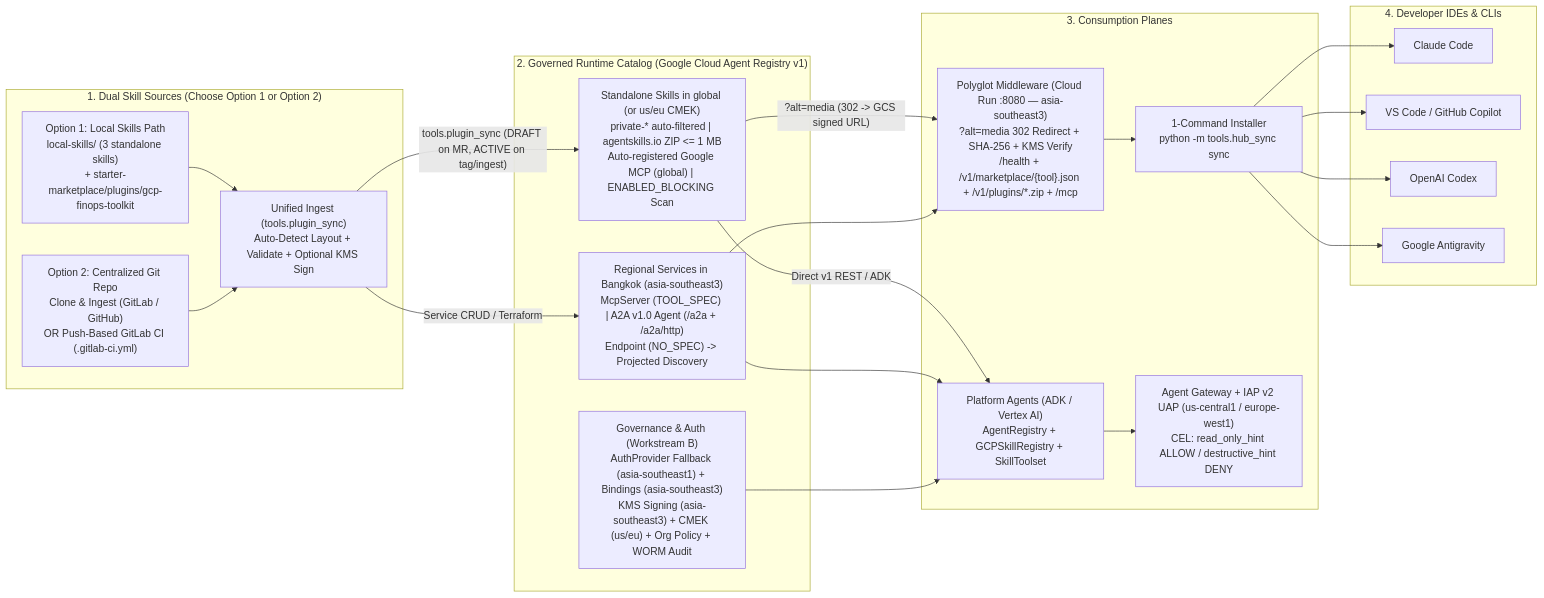
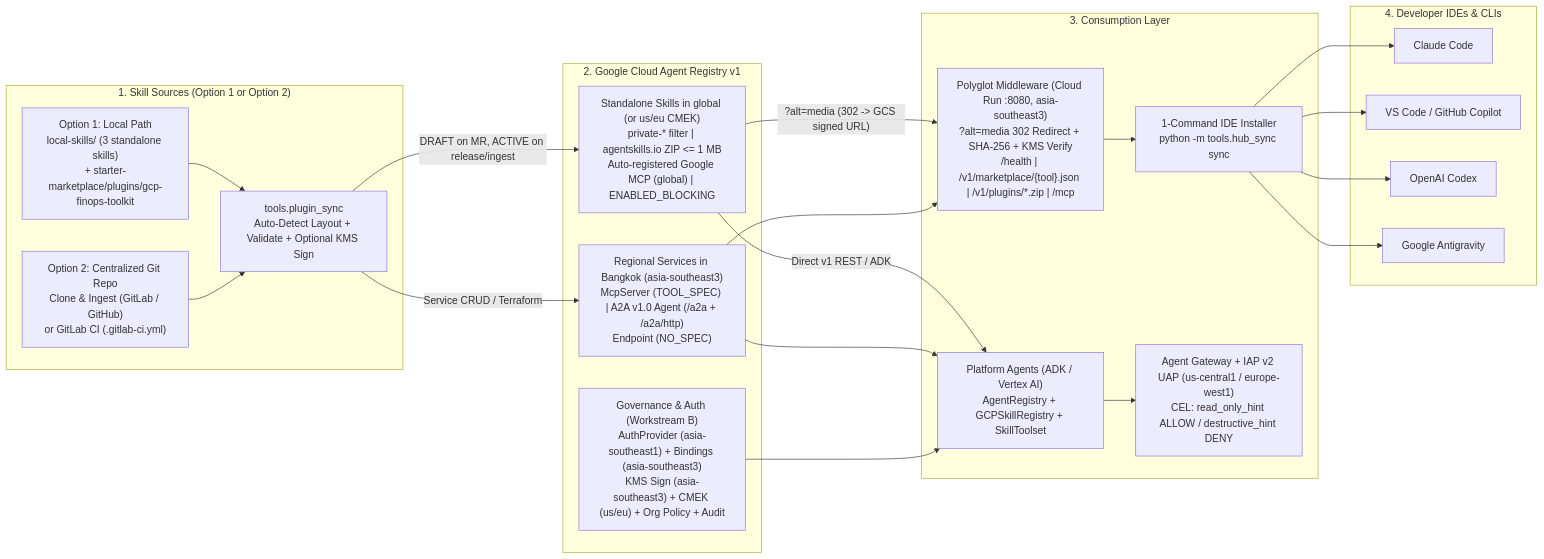
The diagram in README.md (jiratouchmhp/agent-registry-marketplace-workshop), drawn with Mermaid before and after one commit. The commit also changed other lines of this file and 15 other files, not shown here.

````diff
--- a/README.md
+++ b/README.md
@@ -33,41 +33,41 @@
 ```mermaid
 flowchart LR
-    subgraph Authoring["1. Dual Skill Sources (Choose Option 1 or Option 2)"]
-        OPT1["Option 1: Local Skills Path<br/>local-skills/ (3 standalone skills)<br/>+ starter-marketplace/plugins/gcp-finops-toolkit"]
-        OPT2["Option 2: Centralized Git Repo<br/>Clone & Ingest (GitLab / GitHub)<br/>OR Push-Based GitLab CI (.gitlab-ci.yml)"]
-        ING["Unified Ingest (tools.plugin_sync)<br/>Auto-Detect Layout + Validate + Optional KMS Sign"]
+    subgraph Authoring["1. Skill Sources (Option 1 or Option 2)"]
+        OPT1["Option 1: Local Path<br/>local-skills/ (3 standalone skills)<br/>+ starter-marketplace/plugins/gcp-finops-toolkit"]
+        OPT2["Option 2: Centralized Git Repo<br/>Clone & Ingest (GitLab / GitHub)<br/>or GitLab CI (.gitlab-ci.yml)"]
+        ING["tools.plugin_sync<br/>Auto-Detect Layout + Validate + Optional KMS Sign"]
         OPT1 --> ING
         OPT2 --> ING
     end
 
-    subgraph Registry["2. Governed Runtime Catalog (Google Cloud Agent Registry v1)"]
-        SK["Standalone Skills in global (or us/eu CMEK)<br/>private-* auto-filtered | agentskills.io ZIP <= 1 MB<br/>Auto-registered Google MCP (global) | ENABLED_BLOCKING Scan"]
-        SV["Regional Services in Bangkok (asia-southeast3)<br/>McpServer (TOOL_SPEC) | A2A v1.0 Agent (/a2a + /a2a/http)<br/>Endpoint (NO_SPEC) -> Projected Discovery"]
-        BD["Governance & Auth (Workstream B)<br/>AuthProvider Fallback (asia-southeast1) + Bindings (asia-southeast3)<br/>KMS Signing (asia-southeast3) + CMEK (us/eu) + Org Policy + WORM Audit"]
+    subgraph Registry["2. Google Cloud Agent Registry v1"]
+        SK["Standalone Skills in global (or us/eu CMEK)<br/>private-* filter | agentskills.io ZIP <= 1 MB<br/>Auto-registered Google MCP (global) | ENABLED_BLOCKING"]
+        SV["Regional Services in Bangkok (asia-southeast3)<br/>McpServer (TOOL_SPEC) | A2A v1.0 Agent (/a2a + /a2a/http)<br/>Endpoint (NO_SPEC)"]
+        BD["Governance & Auth (Workstream B)<br/>AuthProvider (asia-southeast1) + Bindings (asia-southeast3)<br/>KMS Sign (asia-southeast3) + CMEK (us/eu) + Org Policy + Audit"]
     end
 
-    subgraph Egress["3. Consumption Planes"]
-        MW["Polyglot Middleware (Cloud Run :8080 — asia-southeast3)<br/>?alt=media 302 Redirect + SHA-256 + KMS Verify<br/>/health + /v1/marketplace/{tool}.json + /v1/plugins/*.zip + /mcp"]
-        HS["1-Command Installer<br/>python -m tools.hub_sync sync"]
+    subgraph Egress["3. Consumption Layer"]
+        MW["Polyglot Middleware (Cloud Run :8080, asia-southeast3)<br/>?alt=media 302 Redirect + SHA-256 + KMS Verify<br/>/health | /v1/marketplace/{tool}.json | /v1/plugins/*.zip | /mcp"]
+        HS["1-Command IDE Installer<br/>python -m tools.hub_sync sync"]
         ADK["Platform Agents (ADK / Vertex AI)<br/>AgentRegistry + GCPSkillRegistry + SkillToolset"]
         GW["Agent Gateway + IAP v2 UAP (us-central1 / europe-west1)<br/>CEL: read_only_hint ALLOW / destructive_hint DENY"]
     end
 
     subgraph IDEs["4. Developer IDEs & CLIs"]
         CC["Claude Code"]
         CP["VS Code / GitHub Copilot"]
         CX["OpenAI Codex"]
         AG["Google Antigravity"]
     end
 
-    ING -->|"tools.plugin_sync (DRAFT on MR, ACTIVE on tag/ingest)"| SK
+    ING -->|"DRAFT on MR, ACTIVE on release/ingest"| SK
     ING -->|"Service CRUD / Terraform"| SV
     SK -->|"?alt=media (302 -> GCS signed URL)"| MW
     SV --> MW
     MW --> HS
     HS --> CC & CP & CX & AG
     SK -->|"Direct v1 REST / ADK"| ADK
     SV --> ADK
     BD --> ADK
     ADK --> GW
 ```
````
